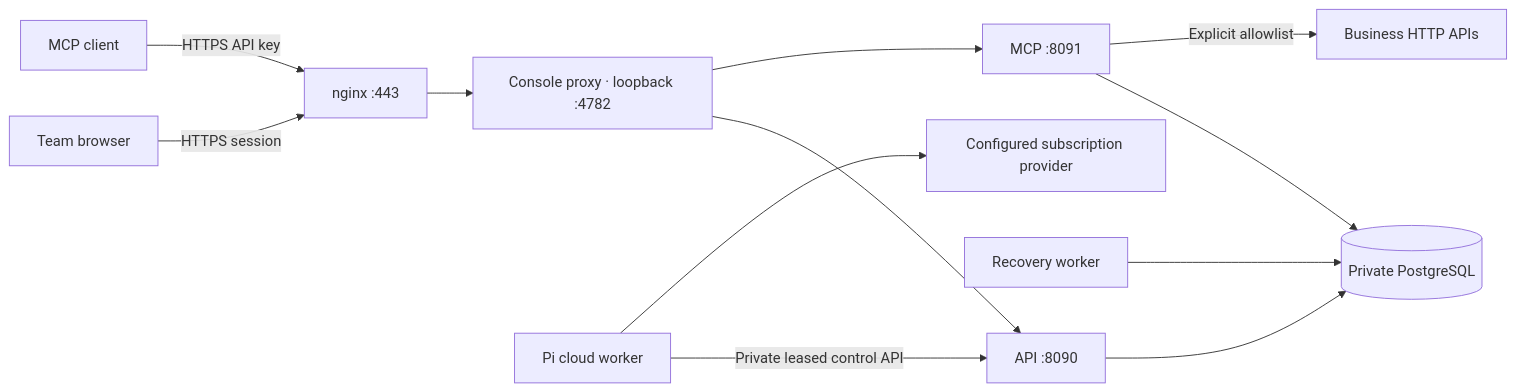
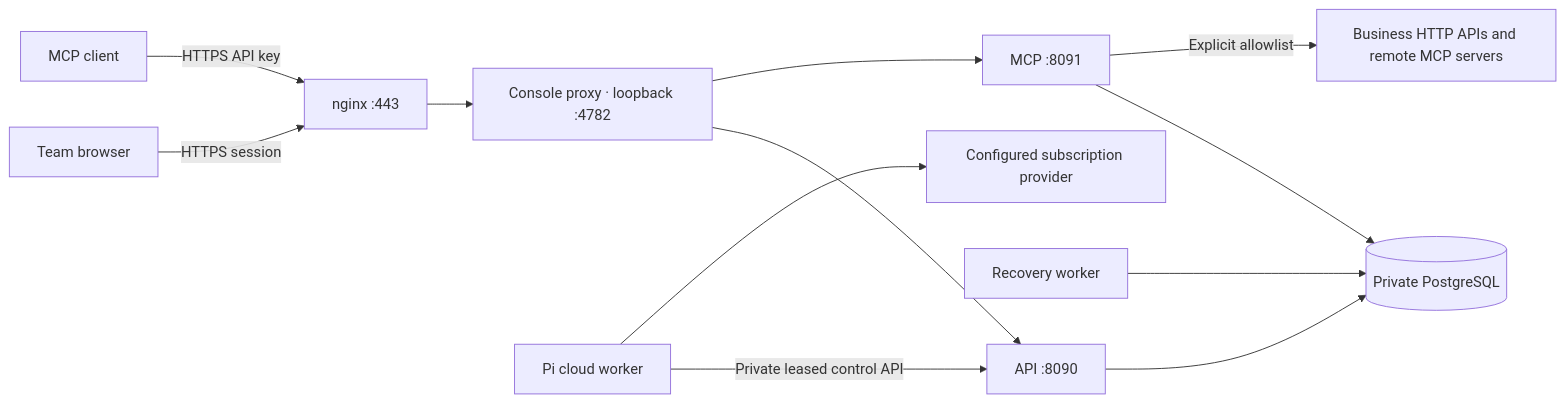
The diagram in docs/cloud-deployment.md (alan1-666/mcp-gateway), drawn with Mermaid before and after one commit. The commit also changed other lines of this file and 42 other files, not shown here.

Commit message:
feat: govern remote MCP servers and project tool responses

````diff
--- a/docs/cloud-deployment.md
+++ b/docs/cloud-deployment.md
@@ -9,14 +9,14 @@
 ```mermaid
 flowchart LR
   Browser[Team browser] -->|HTTPS session| Edge[nginx :443]
   Client[MCP client] -->|HTTPS API key| Edge
   Edge --> Console[Console proxy · loopback :4782]
   Console --> API[API :8090]
   Console --> Gateway[MCP :8091]
   API --> DB[(Private PostgreSQL)]
   Gateway --> DB
   Worker[Recovery worker] --> DB
   Pi[Pi cloud worker] -->|Private leased control API| API
   Pi --> Model[Configured subscription provider]
-  Gateway -->|Explicit allowlist| Downstream[Business HTTP APIs]
+  Gateway -->|Explicit allowlist| Downstream[Business HTTP APIs and remote MCP servers]
 ```
````
